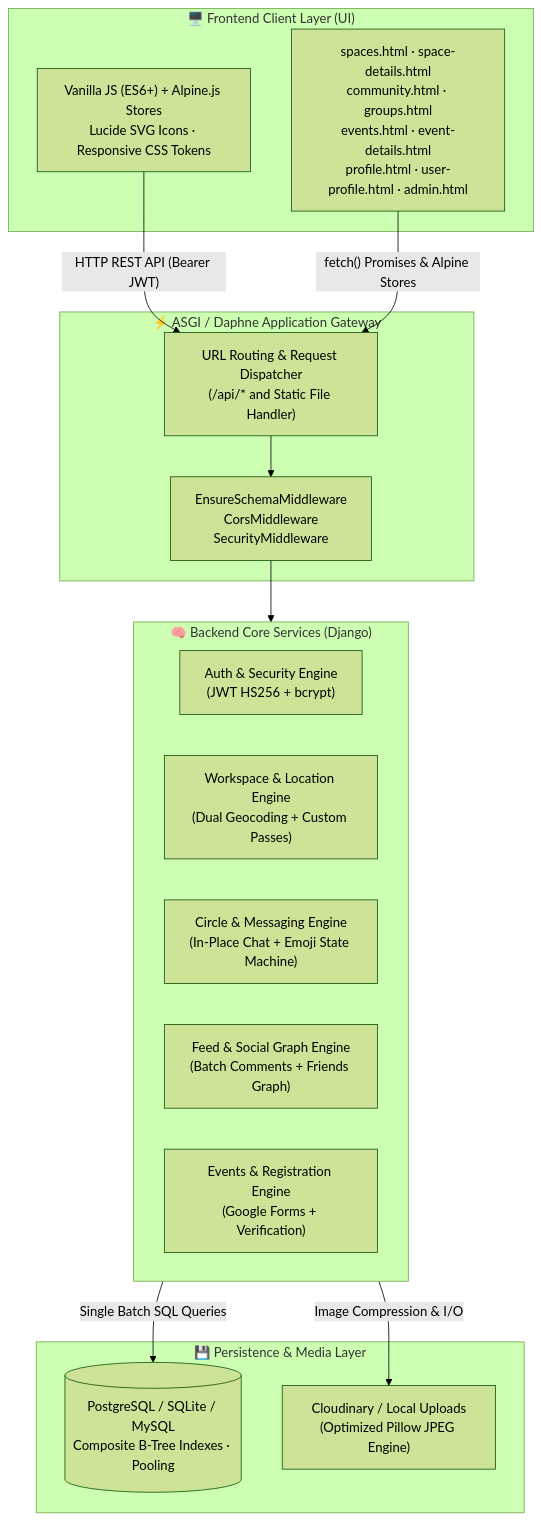
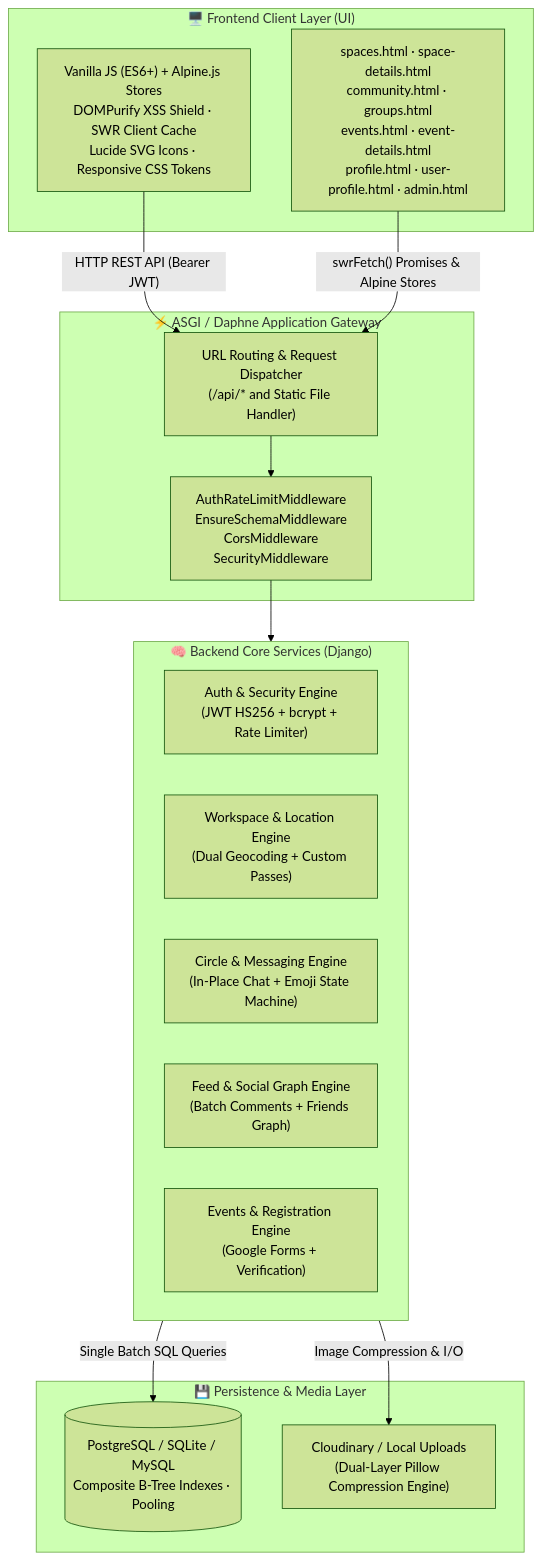
One commit to Abubakkar-Khan/coworkconnect changed the first of 8 diagrams in README.md. Above: the diagram before and after it, drawn with Mermaid (forest theme). The commit also changed other lines of this file and 16 other files, not shown here.

First line of the commit message:
Add authentication rate limiting middleware and enhance UI with DOMPurify

````diff
--- a/README.md
+++ b/README.md
@@ -61,32 +64,32 @@
 ```mermaid
 flowchart TD
     subgraph ClientLayer["🖥️ Frontend Client Layer (UI)"]
-        UI_SPA["Vanilla JS (ES6+) + Alpine.js Stores<br/>Lucide SVG Icons · Responsive CSS Tokens"]
+        UI_SPA["Vanilla JS (ES6+) + Alpine.js Stores<br/>DOMPurify XSS Shield · SWR Client Cache<br/>Lucide SVG Icons · Responsive CSS Tokens"]
         Pages["spaces.html · space-details.html<br/>community.html · groups.html<br/>events.html · event-details.html<br/>profile.html · user-profile.html · admin.html"]
     end
 
     subgraph GatewayLayer["⚡ ASGI / Daphne Application Gateway"]
         Router["URL Routing & Request Dispatcher<br/>(/api/* and Static File Handler)"]
-        Middleware["EnsureSchemaMiddleware<br/>CorsMiddleware<br/>SecurityMiddleware"]
+        Middleware["AuthRateLimitMiddleware<br/>EnsureSchemaMiddleware<br/>CorsMiddleware<br/>SecurityMiddleware"]
     end
 
     subgraph ServiceLayer["🧠 Backend Core Services (Django)"]
-        AuthSvc["Auth & Security Engine<br/>(JWT HS256 + bcrypt)"]
+        AuthSvc["Auth & Security Engine<br/>(JWT HS256 + bcrypt + Rate Limiter)"]
         SpaceSvc["Workspace & Location Engine<br/>(Dual Geocoding + Custom Passes)"]
         ChatSvc["Circle & Messaging Engine<br/>(In-Place Chat + Emoji State Machine)"]
         FeedSvc["Feed & Social Graph Engine<br/>(Batch Comments + Friends Graph)"]
         EventSvc["Events & Registration Engine<br/>(Google Forms + Verification)"]
     end
 
     subgraph StorageLayer["💾 Persistence & Media Layer"]
         DB[(PostgreSQL / SQLite / MySQL<br/>Composite B-Tree Indexes · Pooling)]
-        CloudMedia["Cloudinary / Local Uploads<br/>(Optimized Pillow JPEG Engine)"]
+        CloudMedia["Cloudinary / Local Uploads<br/>(Dual-Layer Pillow Compression Engine)"]
     end
 
     UI_SPA -->|"HTTP REST API (Bearer JWT)"| Router
-    Pages -->|"fetch() Promises & Alpine Stores"| Router
+    Pages -->|"swrFetch() Promises & Alpine Stores"| Router
     Router --> Middleware
     Middleware --> ServiceLayer
     ServiceLayer -->|"Single Batch SQL Queries"| DB
     ServiceLayer -->|"Image Compression & I/O"| CloudMedia
 ```
````
